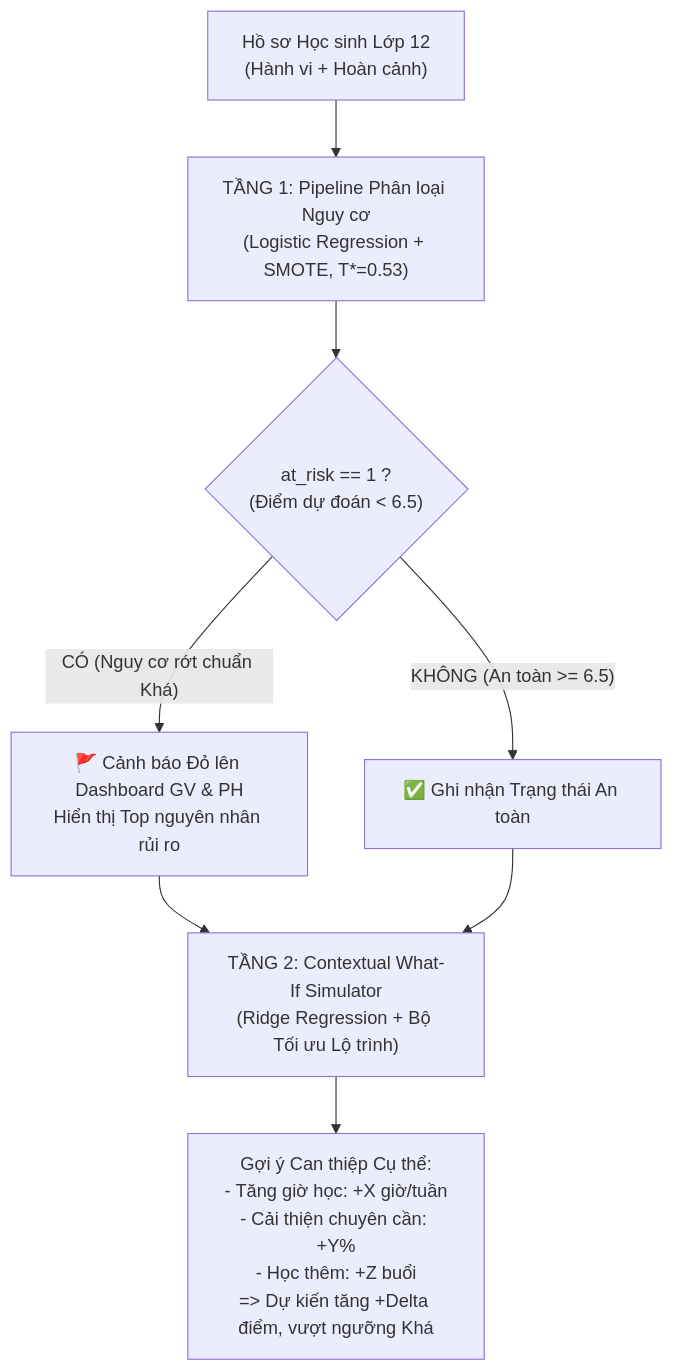
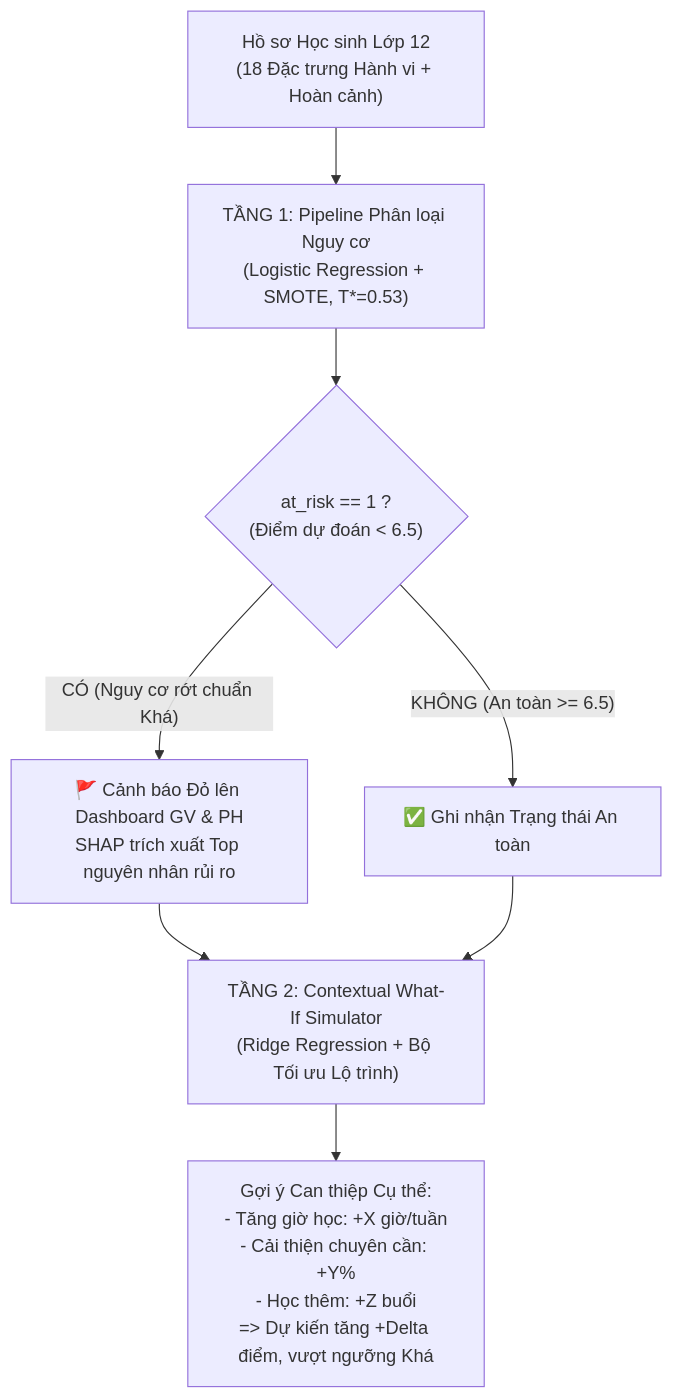
Before and after one commit to MaGiaVy/What-If_Stimulator: the diagram in docs/BAO_CAO_DO_AN.md, drawn with Mermaid. The commit also changed other lines of this file and 2 other files, not shown here.

Commit message:
docs: Task 5.4 - Finalize academic report and handoff documentation with 18 features and SHAP FastAPI service

````diff
--- a/docs/BAO_CAO_DO_AN.md
+++ b/docs/BAO_CAO_DO_AN.md
@@ -36,10 +38,10 @@
 ```mermaid
 flowchart TD
-    A["Hồ sơ Học sinh Lớp 12\n(Hành vi + Hoàn cảnh)"] --> B["TẦNG 1: Pipeline Phân loại Nguy cơ\n(Logistic Regression + SMOTE, T*=0.53)"]
+    A["Hồ sơ Học sinh Lớp 12\n(18 Đặc trưng Hành vi + Hoàn cảnh)"] --> B["TẦNG 1: Pipeline Phân loại Nguy cơ\n(Logistic Regression + SMOTE, T*=0.53)"]
     B --> C{"at_risk == 1 ?\n(Điểm dự đoán < 6.5)"}
-    C -- "CÓ (Nguy cơ rớt chuẩn Khá)" --> D["🚩 Cảnh báo Đỏ lên Dashboard GV & PH\nHiển thị Top nguyên nhân rủi ro"]
+    C -- "CÓ (Nguy cơ rớt chuẩn Khá)" --> D["🚩 Cảnh báo Đỏ lên Dashboard GV & PH\nSHAP trích xuất Top nguyên nhân rủi ro"]
     C -- "KHÔNG (An toàn >= 6.5)" --> E["✅ Ghi nhận Trạng thái An toàn"]
     D --> F["TẦNG 2: Contextual What-If Simulator\n(Ridge Regression + Bộ Tối ưu Lộ trình)"]
     E --> F
     F --> G["Gợi ý Can thiệp Cụ thể:\n- Tăng giờ học: +X giờ/tuần\n- Cải thiện chuyên cần: +Y%\n- Học thêm: +Z buổi\n=> Dự kiến tăng +Delta điểm, vượt ngưỡng Khá"]
 ```
````
